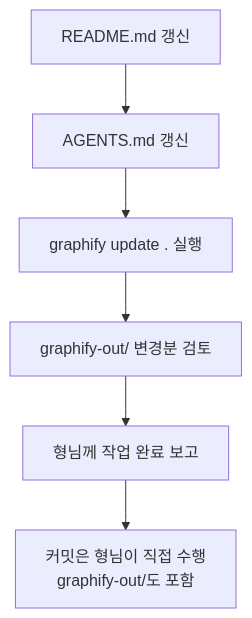
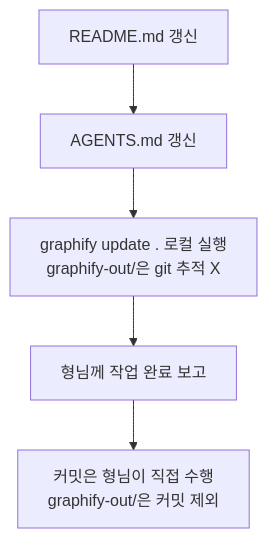
The tenth of 10 diagrams in docs/plans/2026-05-08-import-ai-roof-detect.md (nalpari/solar-pv-system), drawn with Mermaid before and after one commit. The commit also changed other lines of this file and 74 other files, not shown here.

Commit message:
chore: 8a9886a 정책 반영 — graphify-out 트래킹 제거 및 plan 정정

````diff
--- a/docs/plans/2026-05-08-import-ai-roof-detect.md
+++ b/docs/plans/2026-05-08-import-ai-roof-detect.md
@@ -277,8 +277,7 @@
 ```mermaid
 flowchart TD
   T61[README.md 갱신] --> T62[AGENTS.md 갱신]
-  T62 --> T63[graphify update . 실행]
-  T63 --> T64[graphify-out/ 변경분 검토]
-  T64 --> T65[형님께 작업 완료 보고]
-  T65 --> T66[커밋은 형님이 직접 수행<br/>graphify-out/도 포함]
+  T62 --> T63[graphify update . 로컬 실행<br/>graphify-out/은 git 추적 X]
+  T63 --> T64[형님께 작업 완료 보고]
+  T64 --> T65[커밋은 형님이 직접 수행<br/>graphify-out/은 커밋 제외]
 ```
````
